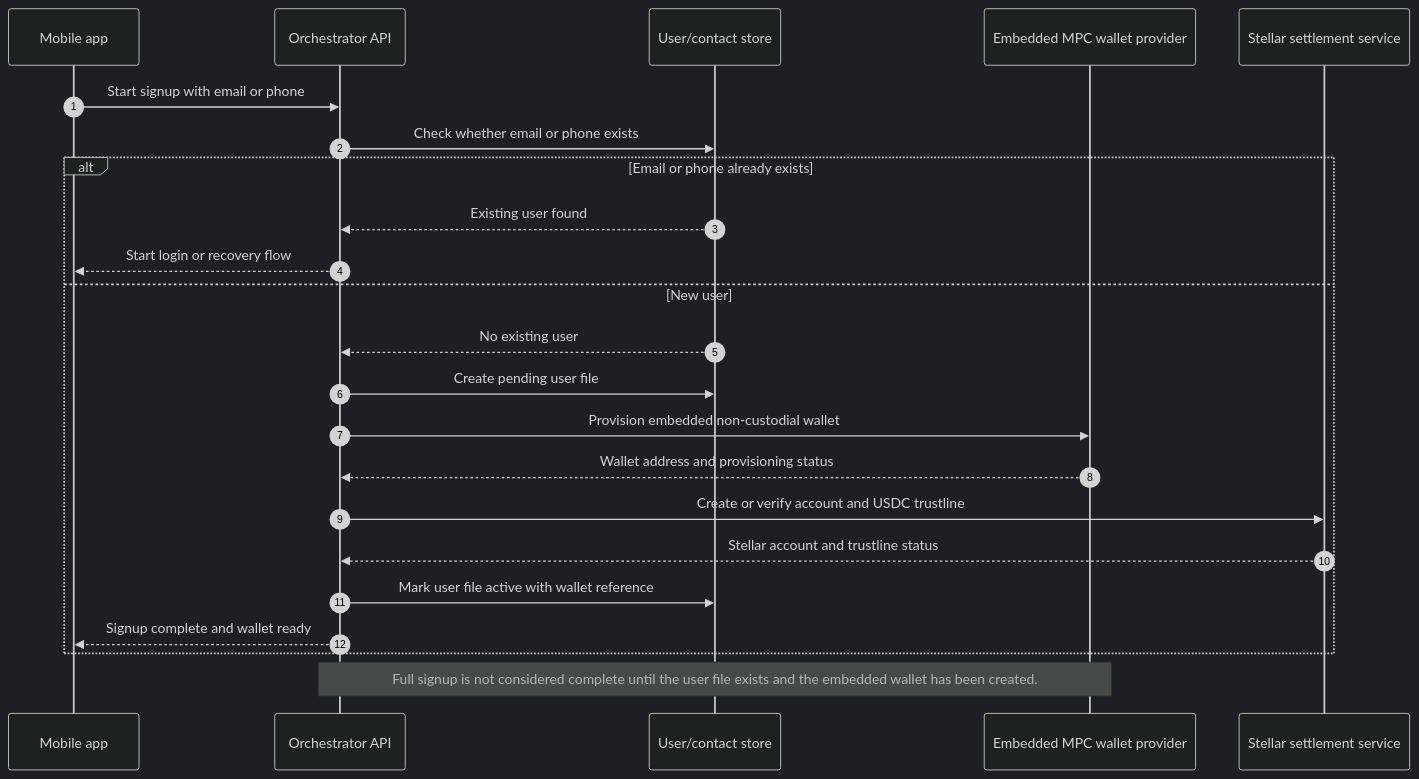
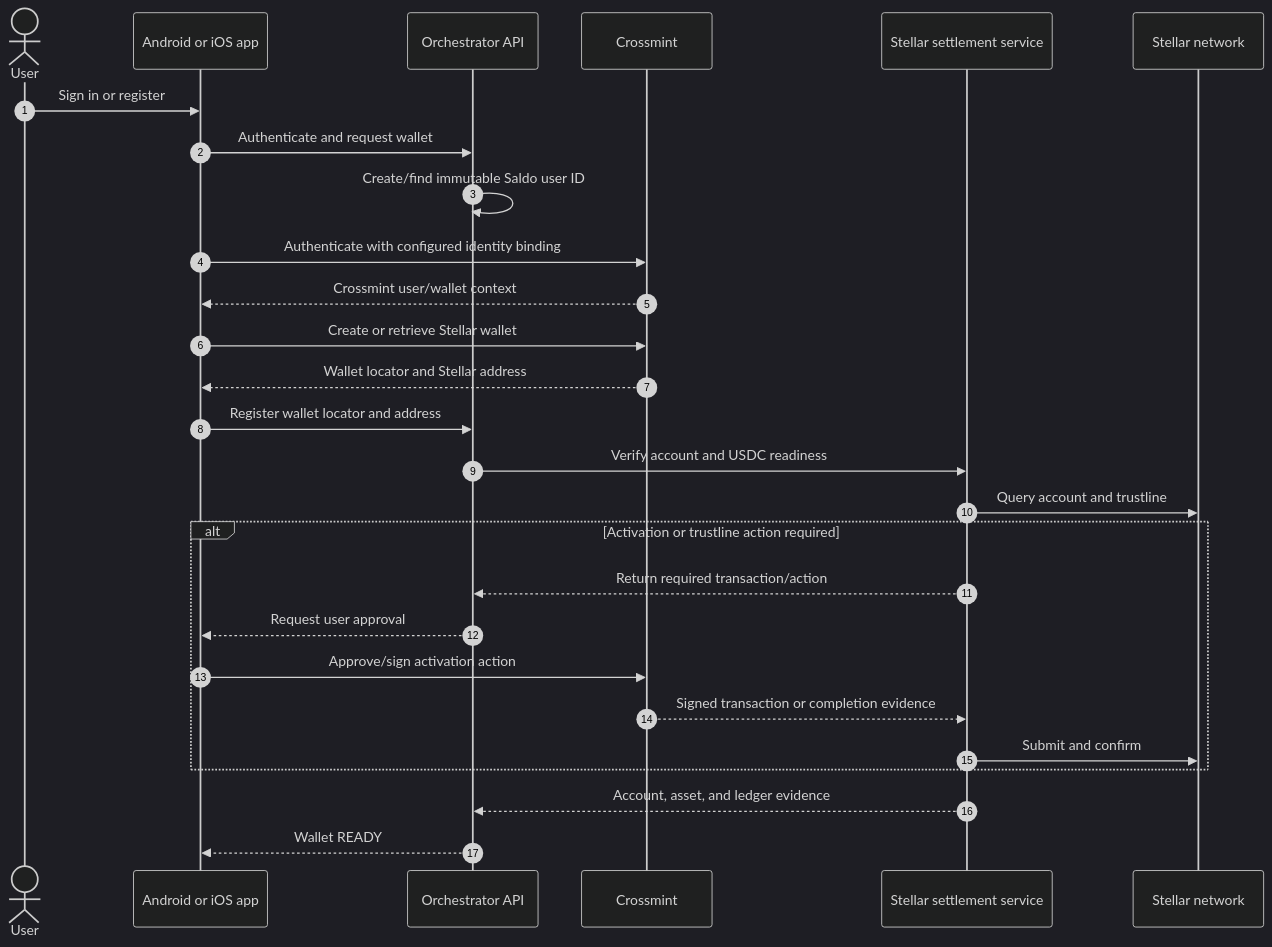
Before and after one commit to unfodl/saldo_architecture: the diagram in diagrams/signup-onboarding-flow.mmd, drawn with Mermaid (dark theme). The commit also changed 16 other files, not shown here.

Commit message:
Update architecture for SCF 46 mobile integration

```diff
--- a/diagrams/signup-onboarding-flow.mmd
+++ b/diagrams/signup-onboarding-flow.mmd
@@ -1,26 +1,28 @@
 sequenceDiagram
     autonumber
-    participant Mobile as Mobile app
+    actor User
+    participant Mobile as Android or iOS app
     participant Orchestrator as Orchestrator API
-    participant UserStore as User/contact store
-    participant MPC as Embedded MPC wallet provider
-    participant Stellar as Stellar settlement service
+    participant Crossmint as Crossmint
+    participant StellarSvc as Stellar settlement service
+    participant Stellar as Stellar network
 
-    Mobile->>Orchestrator: Start signup with email or phone
-    Orchestrator->>UserStore: Check whether email or phone exists
-
-    alt Email or phone already exists
-        UserStore-->>Orchestrator: Existing user found
-        Orchestrator-->>Mobile: Start login or recovery flow
-    else New user
-        UserStore-->>Orchestrator: No existing user
-        Orchestrator->>UserStore: Create pending user file
-        Orchestrator->>MPC: Provision embedded non-custodial wallet
-        MPC-->>Orchestrator: Wallet address and provisioning status
-        Orchestrator->>Stellar: Create or verify account and USDC trustline
-        Stellar-->>Orchestrator: Stellar account and trustline status
-        Orchestrator->>UserStore: Mark user file active with wallet reference
-        Orchestrator-->>Mobile: Signup complete and wallet ready
+    User->>Mobile: Sign in or register
+    Mobile->>Orchestrator: Authenticate and request wallet
+    Orchestrator->>Orchestrator: Create/find immutable Saldo user ID
+    Mobile->>Crossmint: Authenticate with configured identity binding
+    Crossmint-->>Mobile: Crossmint user/wallet context
+    Mobile->>Crossmint: Create or retrieve Stellar wallet
+    Crossmint-->>Mobile: Wallet locator and Stellar address
+    Mobile->>Orchestrator: Register wallet locator and address
+    Orchestrator->>StellarSvc: Verify account and USDC readiness
+    StellarSvc->>Stellar: Query account and trustline
+    alt Activation or trustline action required
+        StellarSvc-->>Orchestrator: Return required transaction/action
+        Orchestrator-->>Mobile: Request user approval
+        Mobile->>Crossmint: Approve/sign activation action
+        Crossmint-->>StellarSvc: Signed transaction or completion evidence
+        StellarSvc->>Stellar: Submit and confirm
     end
-
-    Note over Orchestrator,MPC: Full signup is not considered complete until the user file exists and the embedded wallet has been created.
+    StellarSvc-->>Orchestrator: Account, asset, and ledger evidence
+    Orchestrator-->>Mobile: Wallet READY
```
